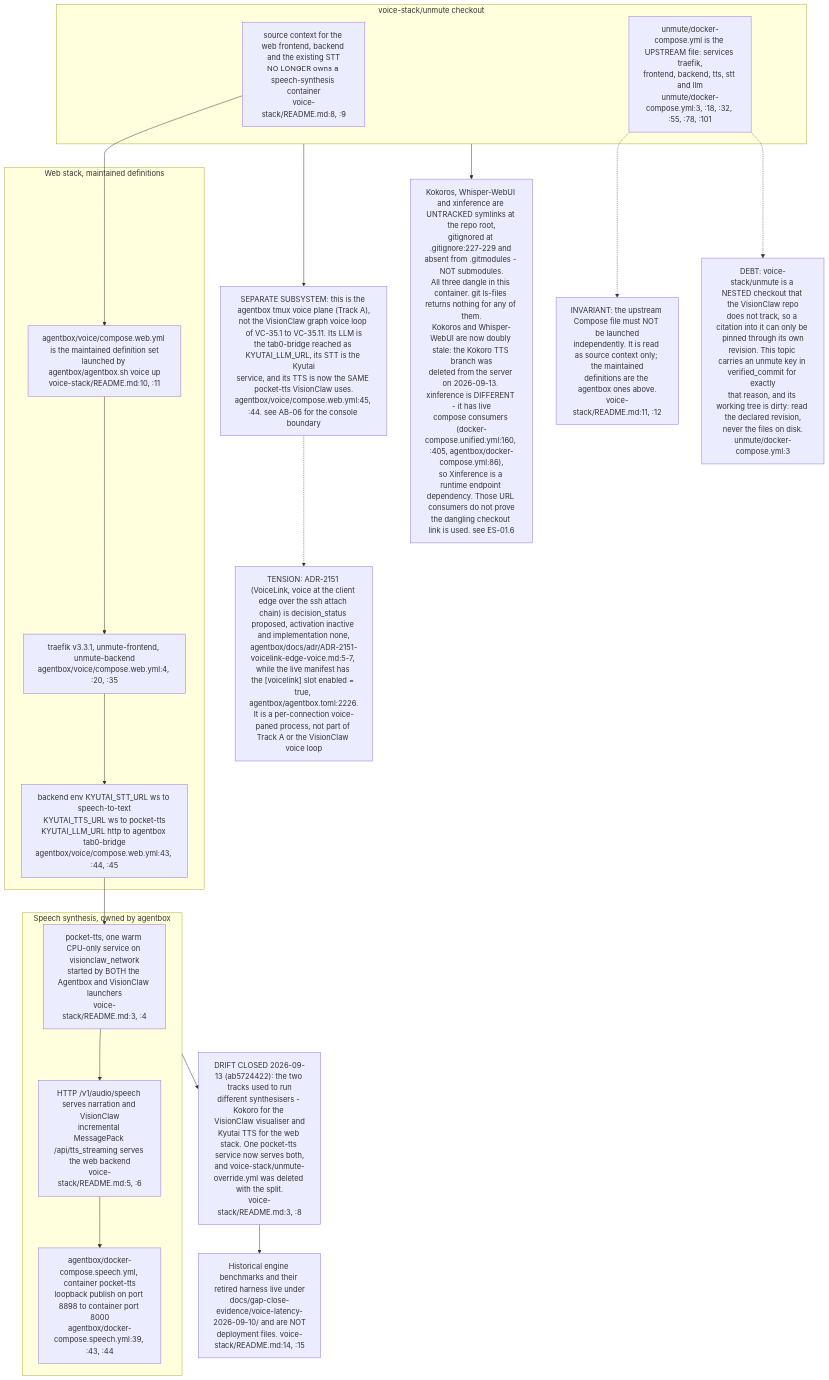
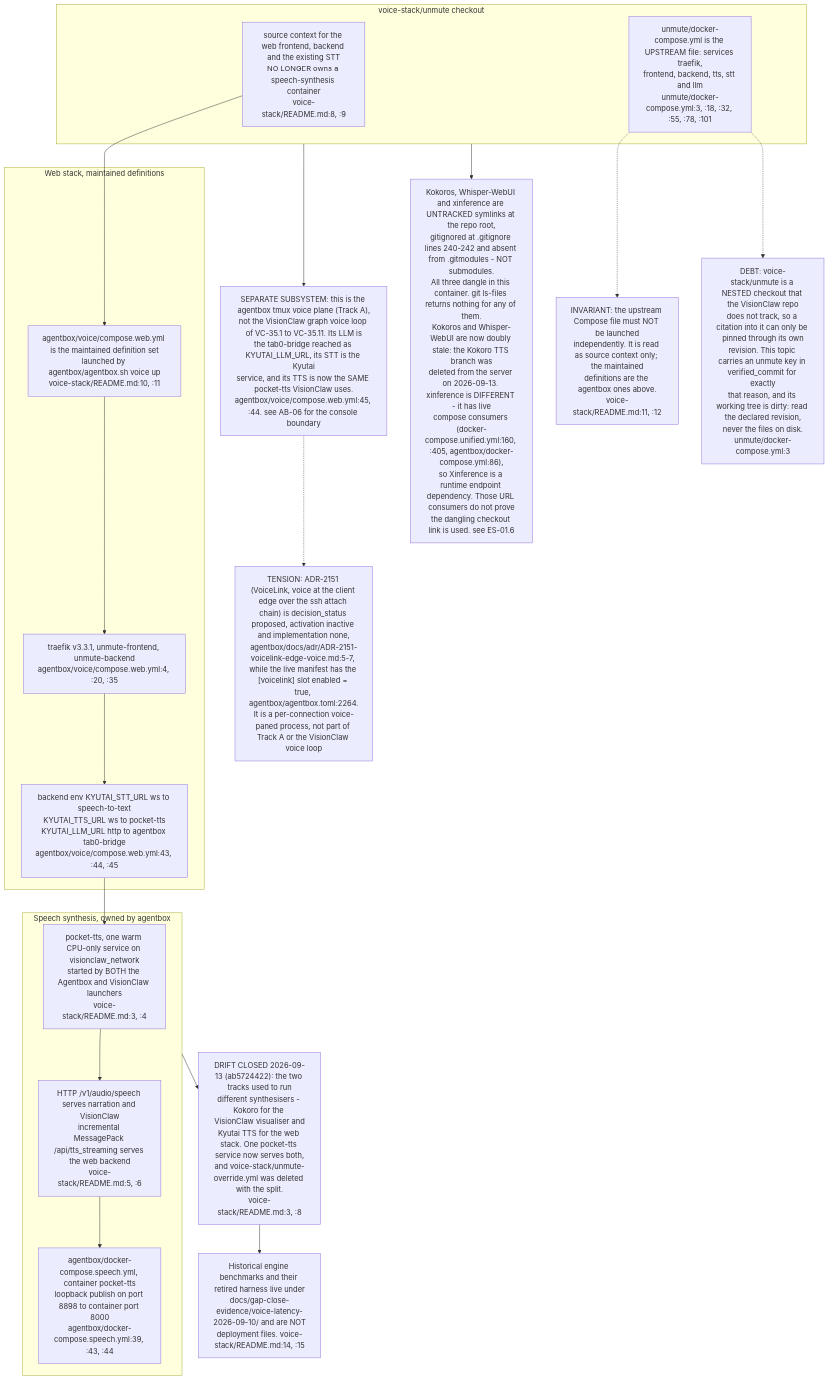
Before and after one commit to DreamLab-AI/VisionFlow: the tenth of 12 diagrams in docs/diagrams/visionclaw/35-voice-end-to-end.md, drawn with Mermaid. The commit also changed other lines of this file and 173 other files, not shown here.

First line of the commit message:
docs(audit): estate audit wave 3, agentbox and VisionClaw; ledger complete

````diff
--- a/docs/diagrams/visionclaw/35-voice-end-to-end.md
+++ b/docs/diagrams/visionclaw/35-voice-end-to-end.md
@@ -481,35 +524,35 @@
 ```mermaid
 flowchart TB
     subgraph owned["Speech synthesis, owned by agentbox"]
         P1["pocket-tts, one warm CPU-only service on visionclaw_network<br/>started by BOTH the Agentbox and VisionClaw launchers<br/>voice-stack/README.md:3, :4"]
         P2["HTTP /v1/audio/speech serves narration and VisionClaw<br/>incremental MessagePack /api/tts_streaming serves the web backend<br/>voice-stack/README.md:5, :6"]
         P3["agentbox/docker-compose.speech.yml, container pocket-tts<br/>loopback publish on port 8898 to container port 8000<br/>agentbox/docker-compose.speech.yml:39, :43, :44"]
     end
     subgraph web["Web stack, maintained definitions"]
         W1["agentbox/voice/compose.web.yml is the maintained definition set<br/>launched by agentbox/agentbox.sh voice up<br/>voice-stack/README.md:10, :11"]
         W2["traefik v3.3.1, unmute-frontend, unmute-backend<br/>agentbox/voice/compose.web.yml:4, :20, :35"]
         W3["backend env KYUTAI_STT_URL ws to speech-to-text<br/>KYUTAI_TTS_URL ws to pocket-tts<br/>KYUTAI_LLM_URL http to agentbox tab0-bridge<br/>agentbox/voice/compose.web.yml:43, :44, :45"]
     end
     subgraph legacy["voice-stack/unmute checkout"]
         U1["source context for the web frontend, backend and the existing STT<br/>NO LONGER owns a speech-synthesis container<br/>voice-stack/README.md:8, :9"]
         U2["unmute/docker-compose.yml is the UPSTREAM file: services traefik,<br/>frontend, backend, tts, stt and llm<br/>unmute/docker-compose.yml:3, :18, :32, :55, :78, :101"]
     end
     P1 --> P2 --> P3
     W1 --> W2 --> W3
     W3 --> P1
     U1 --> W1
     U2 -.-> INV
     INV["INVARIANT: the upstream Compose file must NOT be launched<br/>independently. It is read as source context only; the maintained<br/>definitions are the agentbox ones above.<br/>voice-stack/README.md:11, :12"]
     U2 -.-> UNPIN
     UNPIN["DEBT: voice-stack/unmute is a NESTED checkout that the VisionClaw repo<br/>does not track, so a citation into it can only be pinned through its own<br/>revision. This topic carries an unmute key in verified_commit for exactly<br/>that reason, and its working tree is dirty: read the declared revision,<br/>never the files on disk.<br/>unmute/docker-compose.yml:3"]
     legacy --> SEP
-    VL["TENSION: ADR-2151 (VoiceLink, voice at the client edge over the ssh attach chain) is decision_status proposed, activation inactive and implementation none,<br/>agentbox/docs/adr/ADR-2151-voicelink-edge-voice.md:5-7, while the live manifest has the [voicelink] slot enabled = true, agentbox/agentbox.toml:2226.<br/>It is a per-connection voice-paned process, not part of Track A or the VisionClaw voice loop"]
+    VL["TENSION: ADR-2151 (VoiceLink, voice at the client edge over the ssh attach chain) is decision_status proposed, activation inactive and implementation none,<br/>agentbox/docs/adr/ADR-2151-voicelink-edge-voice.md:5-7, while the live manifest has the [voicelink] slot enabled = true, agentbox/agentbox.toml:2264.<br/>It is a per-connection voice-paned process, not part of Track A or the VisionClaw voice loop"]
     SEP -.-> VL
     SEP["SEPARATE SUBSYSTEM: this is the agentbox tmux voice plane (Track A),<br/>not the VisionClaw graph voice loop of VC-35.1 to VC-35.11. Its LLM is<br/>the tab0-bridge reached as KYUTAI_LLM_URL, its STT is the Kyutai<br/>service, and its TTS is now the SAME pocket-tts VisionClaw uses.<br/>agentbox/voice/compose.web.yml:45, :44. see AB-06 for the console boundary"]
     owned --> CONV
     CONV["DRIFT CLOSED 2026-09-13 (ab5724422): the two tracks used to run<br/>different synthesisers - Kokoro for the VisionClaw visualiser and<br/>Kyutai TTS for the web stack. One pocket-tts service now serves both,<br/>and voice-stack/unmute-override.yml was deleted with the split.<br/>voice-stack/README.md:3, :8"]
-    DIV["Kokoros, Whisper-WebUI and xinference are UNTRACKED symlinks at the repo root,<br/>gitignored at .gitignore:227-229 and absent from .gitmodules - NOT submodules.<br/>All three dangle in this container. git ls-files returns nothing for any of them.<br/>Kokoros and Whisper-WebUI are now doubly stale: the Kokoro TTS branch was<br/>deleted from the server on 2026-09-13. xinference is DIFFERENT - it has live<br/>compose consumers (docker-compose.unified.yml:160, :405, agentbox/docker-compose.yml:86),<br/>so Xinference is a runtime endpoint dependency. Those URL consumers do not prove<br/>the dangling checkout link is used. see ES-01.6"]
+    DIV["Kokoros, Whisper-WebUI and xinference are UNTRACKED symlinks at the repo root,<br/>gitignored at .gitignore lines 240-242 and absent from .gitmodules - NOT submodules.<br/>All three dangle in this container. git ls-files returns nothing for any of them.<br/>Kokoros and Whisper-WebUI are now doubly stale: the Kokoro TTS branch was<br/>deleted from the server on 2026-09-13. xinference is DIFFERENT - it has live<br/>compose consumers (docker-compose.unified.yml:160, :405, agentbox/docker-compose.yml:86),<br/>so Xinference is a runtime endpoint dependency. Those URL consumers do not prove<br/>the dangling checkout link is used. see ES-01.6"]
     legacy --> DIV
     HIST["Historical engine benchmarks and their retired harness live under<br/>docs/gap-close-evidence/voice-latency-2026-09-10/ and are NOT<br/>deployment files. voice-stack/README.md:14, :15"]
     CONV --> HIST
 ```
````
